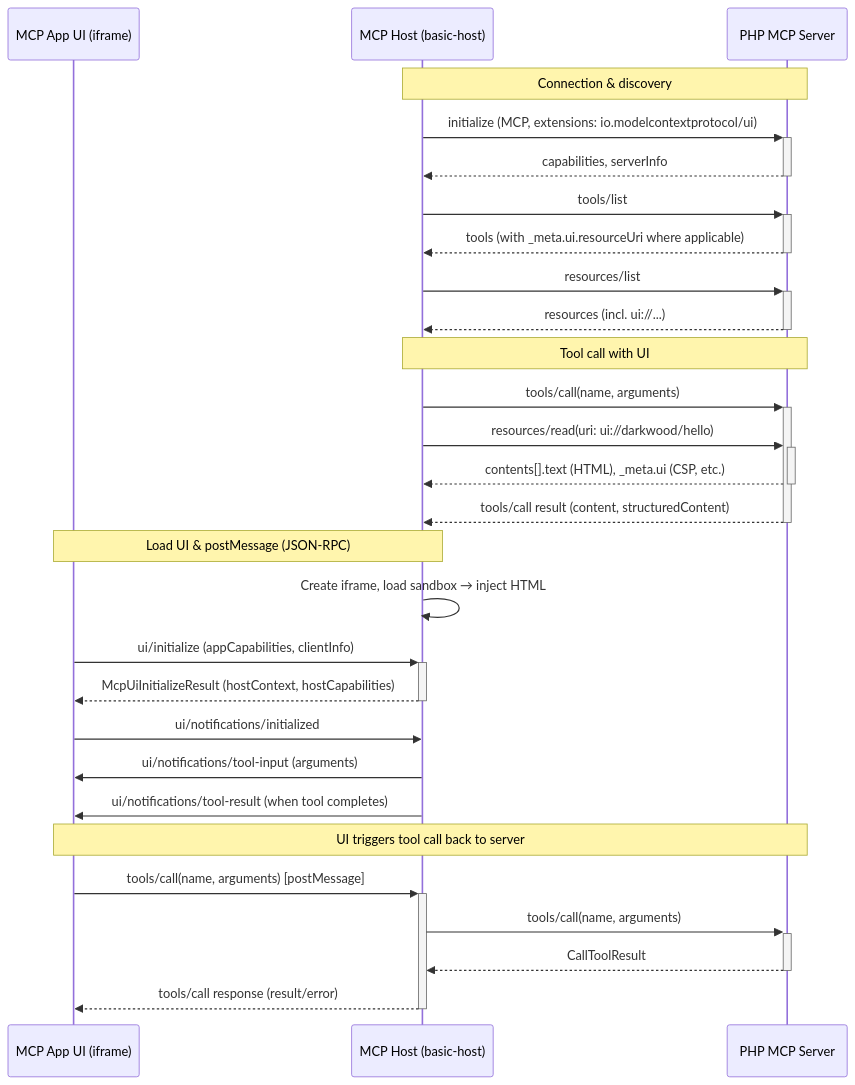
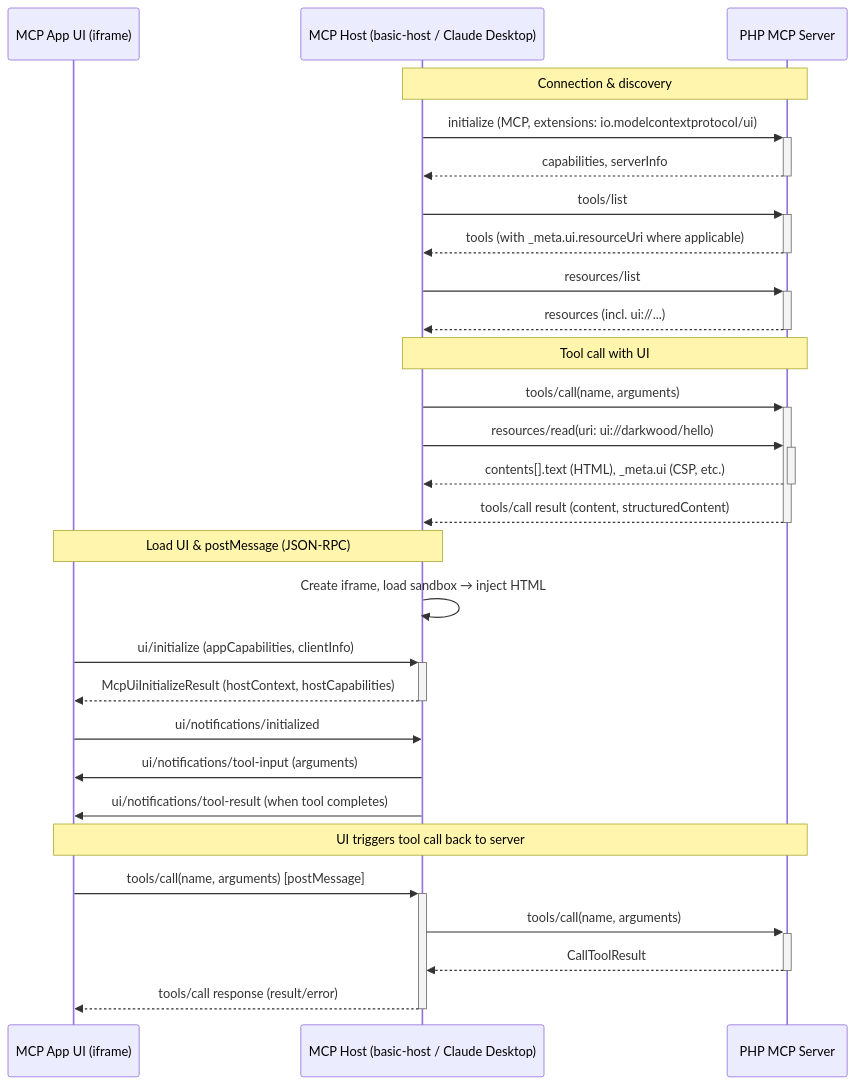
Before and after one commit to darkwood-com/darkwood-publish-article-mcp-apps: the diagram in docs/php-mcp-apps-mvp-architecture.md, drawn with Mermaid. The commit also changed other lines of this file and 1 other file, not shown here.

Commit message:
:sparkles: Update README and architecture documentation to clarify MCP server usage modes, enhance tool descriptions, and detail the role of components in the MCP Apps integration

````diff
--- a/docs/php-mcp-apps-mvp-architecture.md
+++ b/docs/php-mcp-apps-mvp-architecture.md
@@ -9,34 +11,34 @@
 ```mermaid
 sequenceDiagram
   participant UI as MCP App UI (iframe)
-  participant Host as MCP Host (basic-host)
+  participant Host as MCP Host (basic-host / Claude Desktop)
   participant Server as PHP MCP Server
 
   Note over Host,Server: Connection & discovery
   Host->>+Server: initialize (MCP, extensions: io.modelcontextprotocol/ui)
   Server-->>-Host: capabilities, serverInfo
   Host->>+Server: tools/list
   Server-->>-Host: tools (with _meta.ui.resourceUri where applicable)
   Host->>+Server: resources/list
   Server-->>-Host: resources (incl. ui://...)
 
   Note over Host,Server: Tool call with UI
   Host->>+Server: tools/call(name, arguments)
   Host->>+Server: resources/read(uri: ui://darkwood/hello)
   Server-->>-Host: contents[].text (HTML), _meta.ui (CSP, etc.)
   Server-->>-Host: tools/call result (content, structuredContent)
 
   Note over UI,Host: Load UI & postMessage (JSON-RPC)
   Host->>Host: Create iframe, load sandbox → inject HTML
   UI->>+Host: ui/initialize (appCapabilities, clientInfo)
   Host-->>-UI: McpUiInitializeResult (hostContext, hostCapabilities)
   UI->>Host: ui/notifications/initialized
   Host->>UI: ui/notifications/tool-input (arguments)
   Host->>UI: ui/notifications/tool-result (when tool completes)
 
   Note over UI,Server: UI triggers tool call back to server
   UI->>+Host: tools/call(name, arguments) [postMessage]
   Host->>+Server: tools/call(name, arguments)
   Server-->>-Host: CallToolResult
   Host-->>-UI: tools/call response (result/error)
 ```
````
